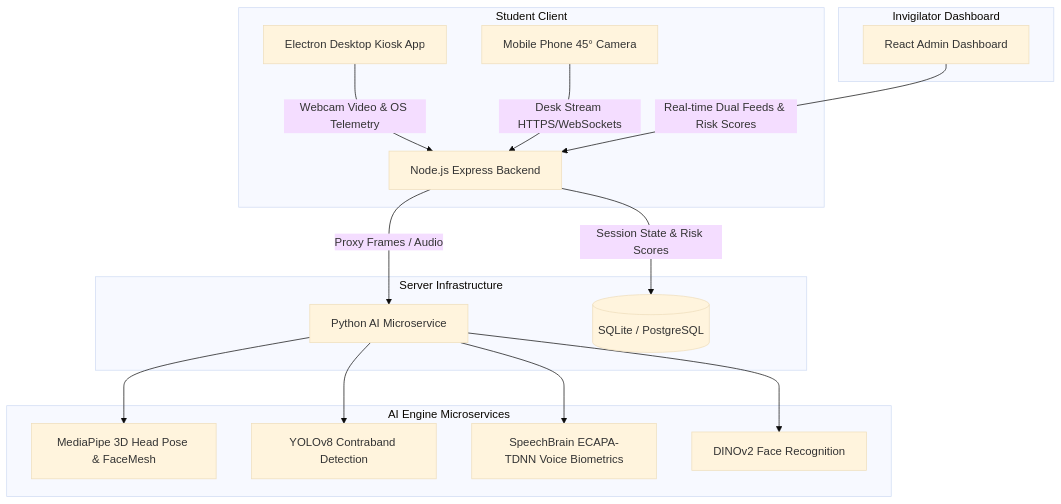
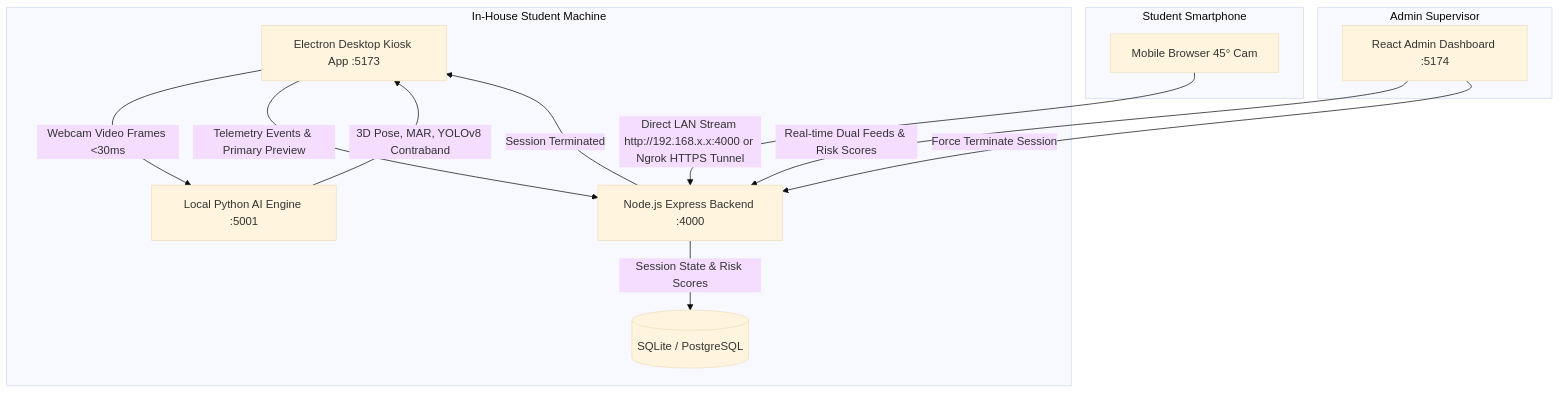
One commit to ankit2061/Proctora-Production changed the diagram in README.md. Above: the diagram before and after it, drawn with Mermaid (base theme). The commit also changed other lines of this file and 16 other files, not shown here.

Commit message:
feat: in-house AI engine, direct mobile streaming, and admin wake-up controls

````diff
--- a/README.md
+++ b/README.md
@@ -9,23 +9,25 @@
 ```mermaid
 graph TD
-    subgraph Student Client
-        EA[Electron Desktop Kiosk App] -->|Webcam Video & OS Telemetry| BE[Node.js Express Backend]
-        MC[Mobile Phone 45° Camera] -->|Desk Stream HTTPS/WebSockets| BE
-    end
-
-    subgraph Server Infrastructure
-        BE -->|Proxy Frames / Audio| AI[Python AI Microservice]
+    subgraph Student Desktop Machine [In-House Student Machine]
+        SK[Electron Desktop Kiosk App :5173]
+        AI[Local Python AI Engine :5001]
+        BE[Node.js Express Backend :4000]
+        
+        SK -->|Webcam Video Frames <30ms| AI
+        AI -->|3D Pose, MAR, YOLOv8 Contraband| SK
+        SK -->|Telemetry Events & Primary Preview| BE
         BE -->|Session State & Risk Scores| DB[(SQLite / PostgreSQL)]
     end
 
-    subgraph Invigilator Dashboard
-        ADM[React Admin Dashboard] -->|Real-time Dual Feeds & Risk Scores| BE
+    subgraph Mobile Desk Camera [Student Smartphone]
+        PH[Mobile Browser 45° Cam]
+        PH -->|Direct LAN Stream http://192.168.x.x:4000 or Ngrok HTTPS Tunnel| BE
     end
 
-    subgraph AI Engine Microservices
-        AI --> MP[MediaPipe 3D Head Pose & FaceMesh]
-        AI --> YOLO[YOLOv8 Contraband Detection]
-        AI --> SB[SpeechBrain ECAPA-TDNN Voice Biometrics]
-        AI --> DINO[DINOv2 Face Recognition]
+    subgraph Invigilator Dashboard [Admin Supervisor]
+        ADM[React Admin Dashboard :5174]
+        ADM -->|Real-time Dual Feeds & Risk Scores| BE
+        ADM -->|Force Terminate Session| BE
+        BE -->|Session Terminated| SK
     end
 ```
````
